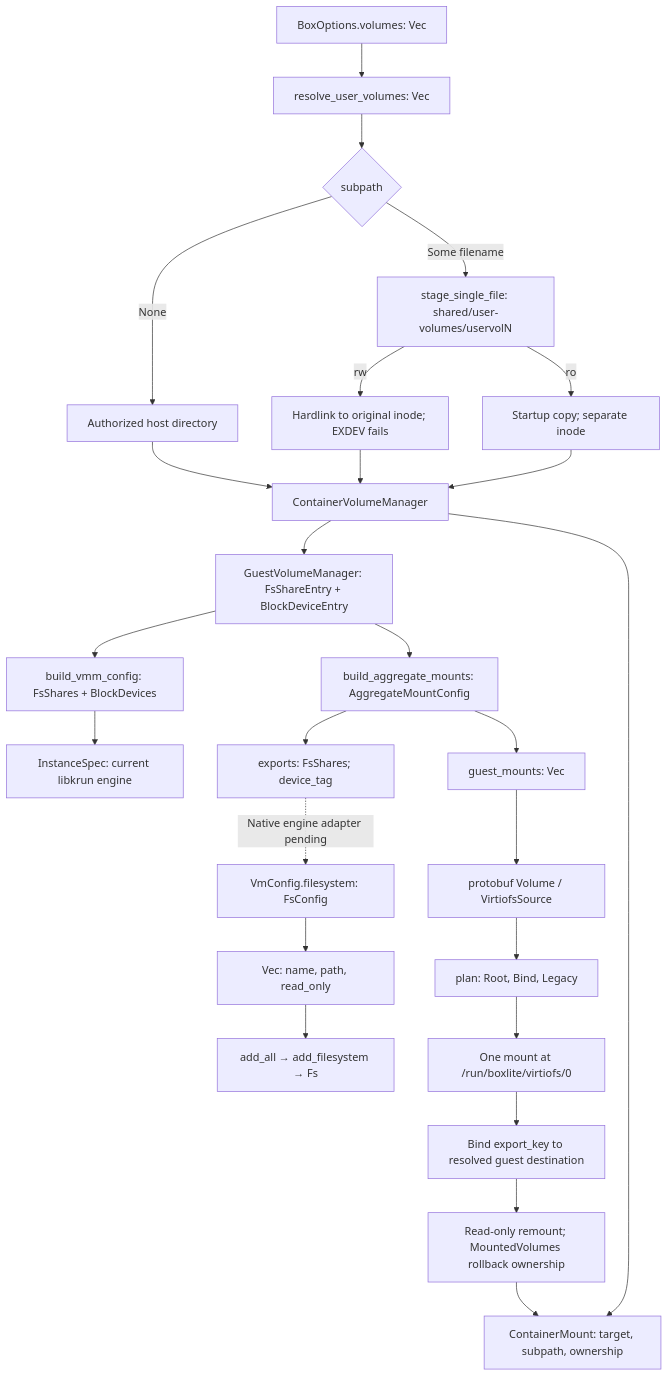
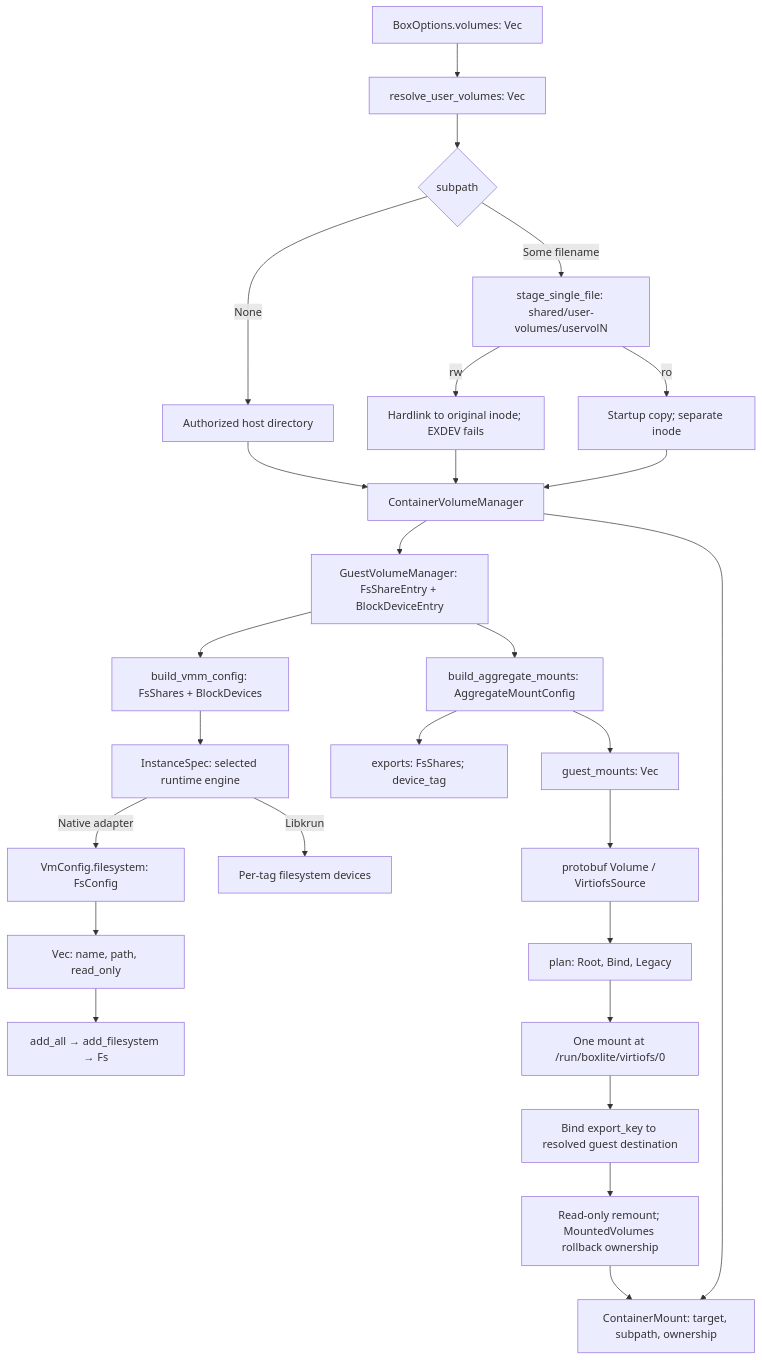
One commit to boxlite-ai/boxlite changed the first of 5 diagrams in docs/contributing/architecture/vmm/virtio-fs.md. Above: the diagram before and after it, drawn with Mermaid. The commit also changed other lines of this file and 51 other files, not shown here.

First line of the commit message:
feat(vmm): wire native devices and add M2/M3 KVM matrices

````diff
--- a/docs/contributing/architecture/vmm/virtio-fs.md
+++ b/docs/contributing/architecture/vmm/virtio-fs.md
@@ -7,28 +7,29 @@
 ```mermaid
 flowchart TD
     A["BoxOptions.volumes: Vec<VolumeSpec>"] --> B["resolve_user_volumes: Vec<ResolvedVolume>"]
     B --> C{"subpath"}
     C -->|None| D["Authorized host directory"]
     C -->|Some filename| E["stage_single_file: shared/user-volumes/uservolN"]
     E -->|rw| F["Hardlink to original inode; EXDEV fails"]
     E -->|ro| G["Startup copy; separate inode"]
     D --> H["ContainerVolumeManager"]
     F --> H
     G --> H
     H --> I["GuestVolumeManager: FsShareEntry + BlockDeviceEntry"]
     H --> J["ContainerMount: target, subpath, ownership"]
     I --> K["build_vmm_config: FsShares + BlockDevices"]
-    K --> L["InstanceSpec: current libkrun engine"]
+    K --> L["InstanceSpec: selected runtime engine"]
     I --> M["build_aggregate_mounts: AggregateMountConfig"]
     M --> N["exports: FsShares; device_tag"]
     M --> O["guest_mounts: Vec<VolumeConfig>"]
-    N -. "Native engine adapter pending" .-> P["VmConfig.filesystem: FsConfig"]
+    L -->|Native adapter| P["VmConfig.filesystem: FsConfig"]
+    L -->|Libkrun| X["Per-tag filesystem devices"]
     P --> Q["Vec<FsShareConfig>: name, path, read_only"]
     Q --> R["add_all → add_filesystem → Fs"]
     O --> S["protobuf Volume / VirtiofsSource"]
     S --> T["plan: Root, Bind, Legacy"]
     T --> U["One mount at /run/boxlite/virtiofs/0"]
     U --> V["Bind export_key to resolved guest destination"]
     V --> W["Read-only remount; MountedVolumes rollback ownership"]
     W --> J
 ```
````
